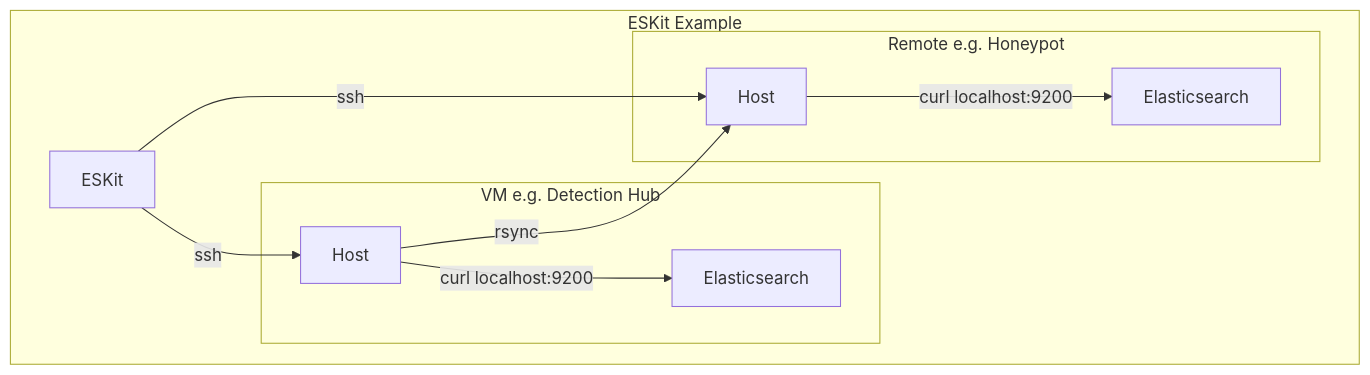
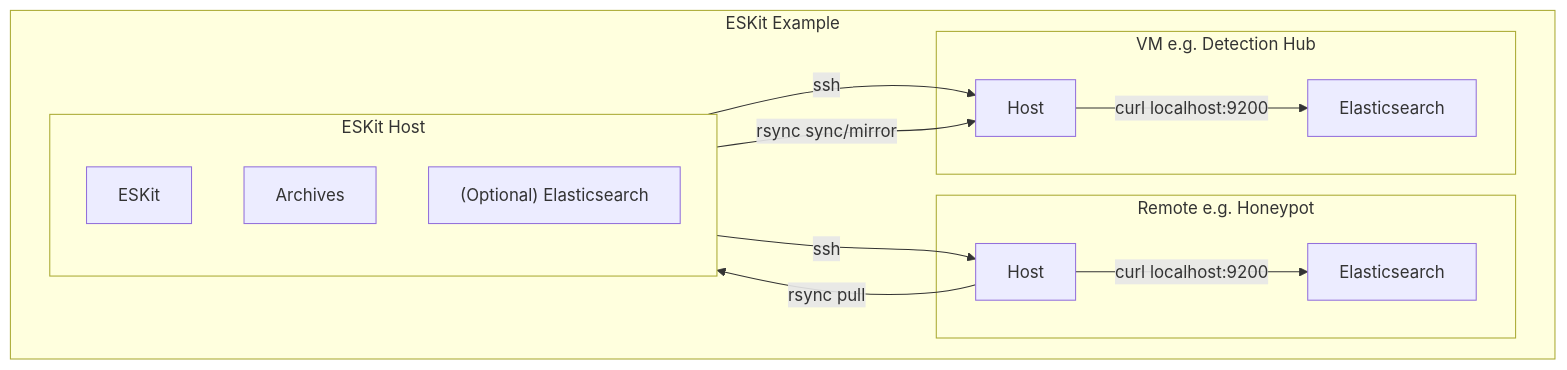
One commit to damixen/eskit changed the diagram in README.md. Above: the diagram before and after it, drawn with Mermaid. The commit also changed other lines of this file and 6 other files, not shown here.

````diff
--- a/README.md
+++ b/README.md
@@ -110,24 +125,31 @@
 ```mermaid
 flowchart
     subgraph canvas["ESKit Example"]
-        eskit["ESKit"]
+        ESKitHost
         subgraph vm[VM e.g. Detection Hub]
             host_vm["Host"]
             elasticsearch_vm["Elasticsearch"]
         end
         subgraph remotehost[Remote e.g. Honeypot]
             host_remote["Host"]
             elasticsearch_remote["Elasticsearch"]
         end
     end
 
+    subgraph ESKitHost["ESKit Host"]
+        direction TB
+        eskit["ESKit"]
+        archives["Archives"]
+        elasticsearch_local["(Optional) Elasticsearch"]
+    end
+
     eskit -->|ssh|host_vm
+    eskit -->|rsync sync/mirror|host_vm
     host_vm -->|curl localhost:9200| elasticsearch_vm
 
     eskit -->|ssh|host_remote
+    host_remote -->|rsync pull|eskit
     host_remote -->|curl localhost:9200| elasticsearch_remote
-
-    host_vm-->|rsync|host_remote
 
    
 ```
````
